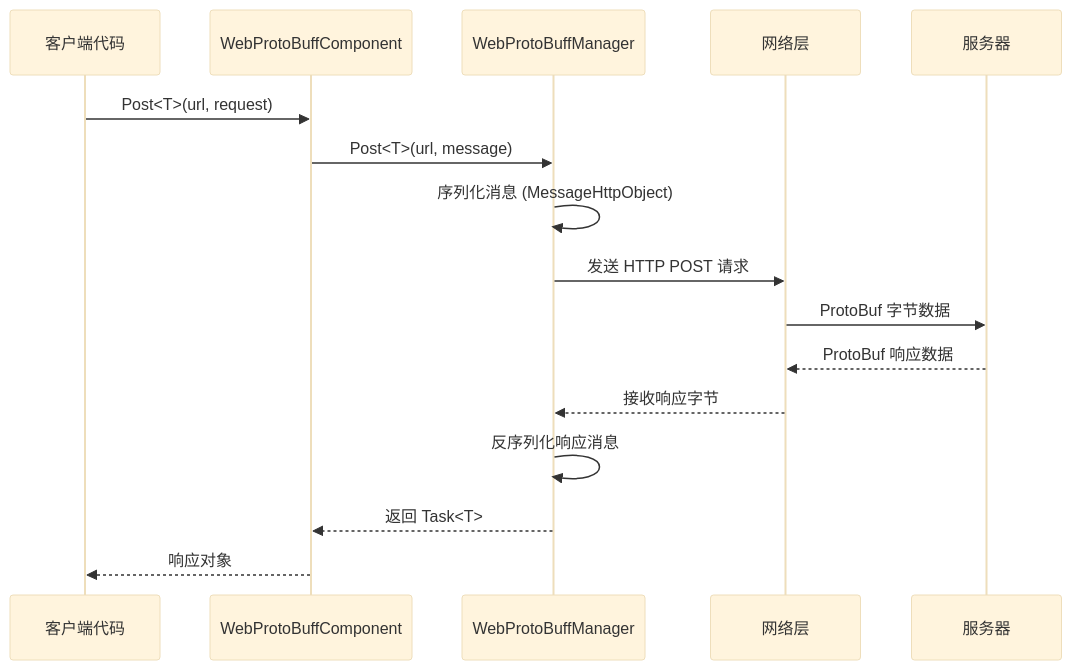
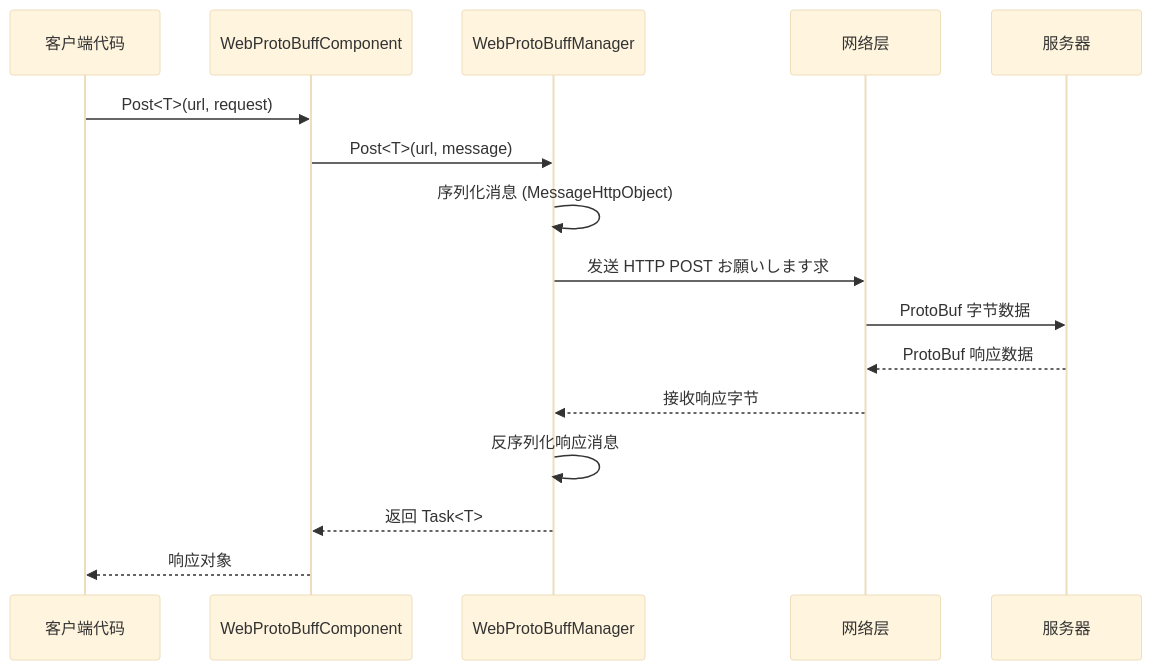
Before and after one commit to AlianBlank/GameFrameX.Docs: the diagram in docs/ja/client/unity/component/web-protobuff/11.basic-example.md, drawn with Mermaid (base theme). The commit also changed other lines of this file and 603 other files, not shown here.

````diff
--- a/docs/ja/client/unity/component/web-protobuff/11.basic-example.md
+++ b/docs/ja/client/unity/component/web-protobuff/11.basic-example.md
@@ -18,19 +18,19 @@
 ```mermaid
 sequenceDiagram
     participant Client as 客户端代码
     participant Component as WebProtoBuffComponent
     participant Manager as WebProtoBuffManager
     participant Network as 网络层
     participant Server as 服务器
 
     Client->>Component: Post<T>(url, request)
     Component->>Manager: Post<T>(url, message)
     Manager->>Manager: 序列化消息 (MessageHttpObject)
-    Manager->>Network: 发送 HTTP POST 请求
+    Manager->>Network: 发送 HTTP POST お願いします求
     Network->>Server: ProtoBuf 字节数据
     Server-->>Network: ProtoBuf 响应数据
     Network-->>Manager: 接收响应字节
     Manager->>Manager: 反序列化响应消息
     Manager-->>Component: 返回 Task<T>
     Component-->>Client: 响应对象
 ```
````
